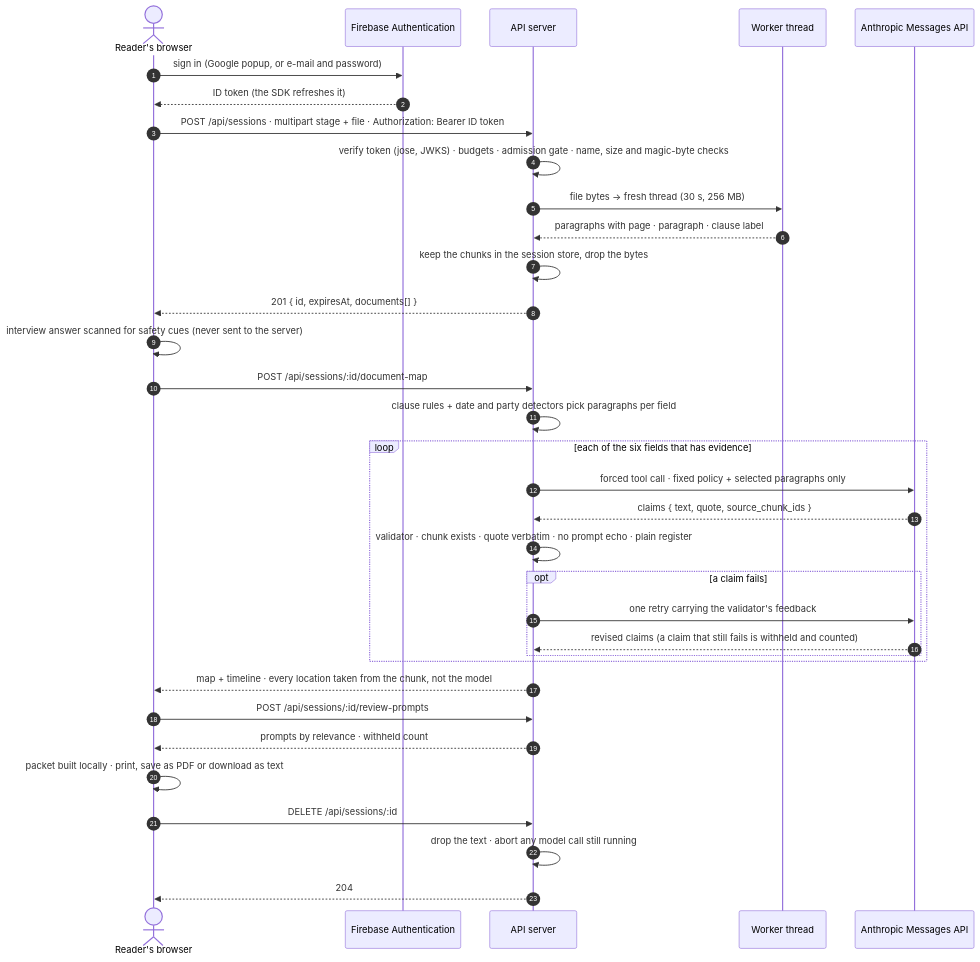
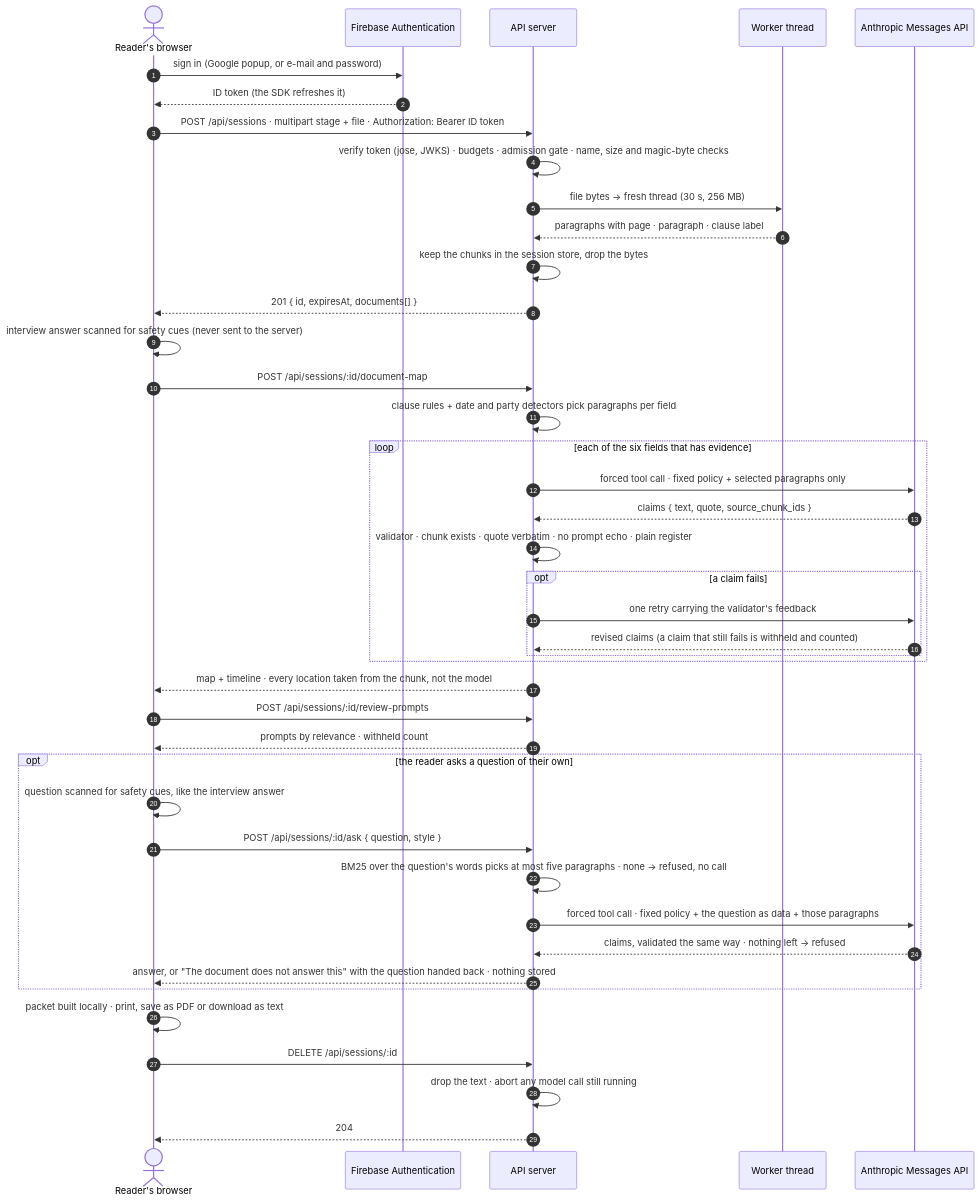
The second of 7 diagrams in README.md (adityarajgupta154/ClauseCompass), drawn with Mermaid before and after one commit. The commit also changed other lines of this file and 50 other files, not shown here.

First line of the commit message:
Answer one question about the document from its own paragraphs

````diff
--- a/README.md
+++ b/README.md
@@ -252,37 +256,45 @@
 ```mermaid
 sequenceDiagram
   autonumber
   actor R as Reader's browser
   participant FB as Firebase Authentication
   participant API as API server
   participant W as Worker thread
   participant M as Anthropic Messages API
 
   R->>FB: sign in (Google popup, or e-mail and password)
   FB-->>R: ID token (the SDK refreshes it)
   R->>API: POST /api/sessions · multipart stage + file · Authorization: Bearer ID token
   API->>API: verify token (jose, JWKS) · budgets · admission gate · name, size and magic-byte checks
   API->>W: file bytes → fresh thread (30 s, 256 MB)
   W-->>API: paragraphs with page · paragraph · clause label
   API->>API: keep the chunks in the session store, drop the bytes
   API-->>R: 201 { id, expiresAt, documents[] }
   R->>R: interview answer scanned for safety cues (never sent to the server)
   R->>API: POST /api/sessions/:id/document-map
   API->>API: clause rules + date and party detectors pick paragraphs per field
   loop each of the six fields that has evidence
     API->>M: forced tool call · fixed policy + selected paragraphs only
     M-->>API: claims { text, quote, source_chunk_ids }
     API->>API: validator · chunk exists · quote verbatim · no prompt echo · plain register
     opt a claim fails
       API->>M: one retry carrying the validator's feedback
       M-->>API: revised claims (a claim that still fails is withheld and counted)
     end
   end
   API-->>R: map + timeline · every location taken from the chunk, not the model
   R->>API: POST /api/sessions/:id/review-prompts
   API-->>R: prompts by relevance · withheld count
+  opt the reader asks a question of their own
+    R->>R: question scanned for safety cues, like the interview answer
+    R->>API: POST /api/sessions/:id/ask { question, style }
+    API->>API: BM25 over the question's words picks at most five paragraphs · none → refused, no call
+    API->>M: forced tool call · fixed policy + the question as data + those paragraphs
+    M-->>API: claims, validated the same way · nothing left → refused
+    API-->>R: answer, or "The document does not answer this" with the question handed back · nothing stored
+  end
   R->>R: packet built locally · print, save as PDF or download as text
   R->>API: DELETE /api/sessions/:id
   API->>API: drop the text · abort any model call still running
   API-->>R: 204
 ```
````
